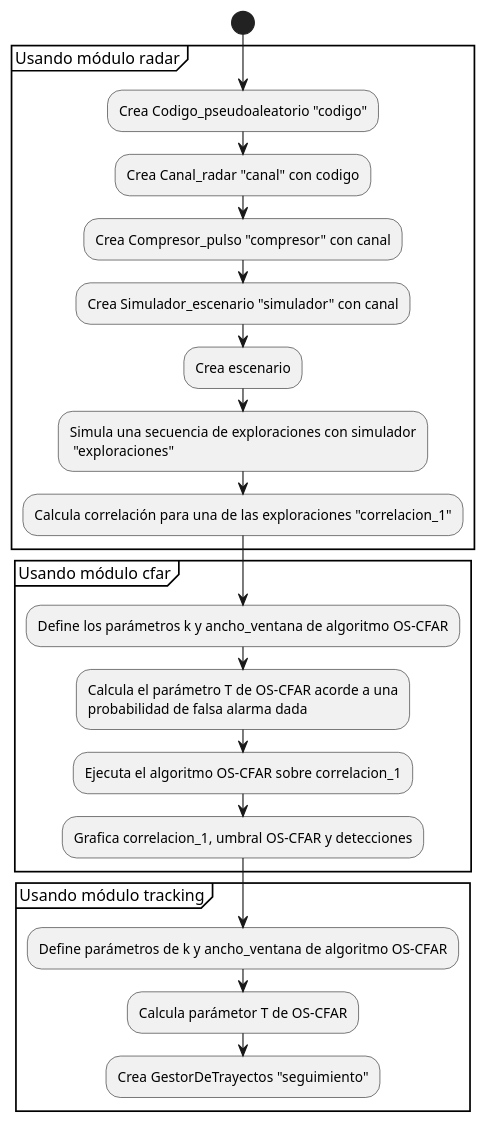
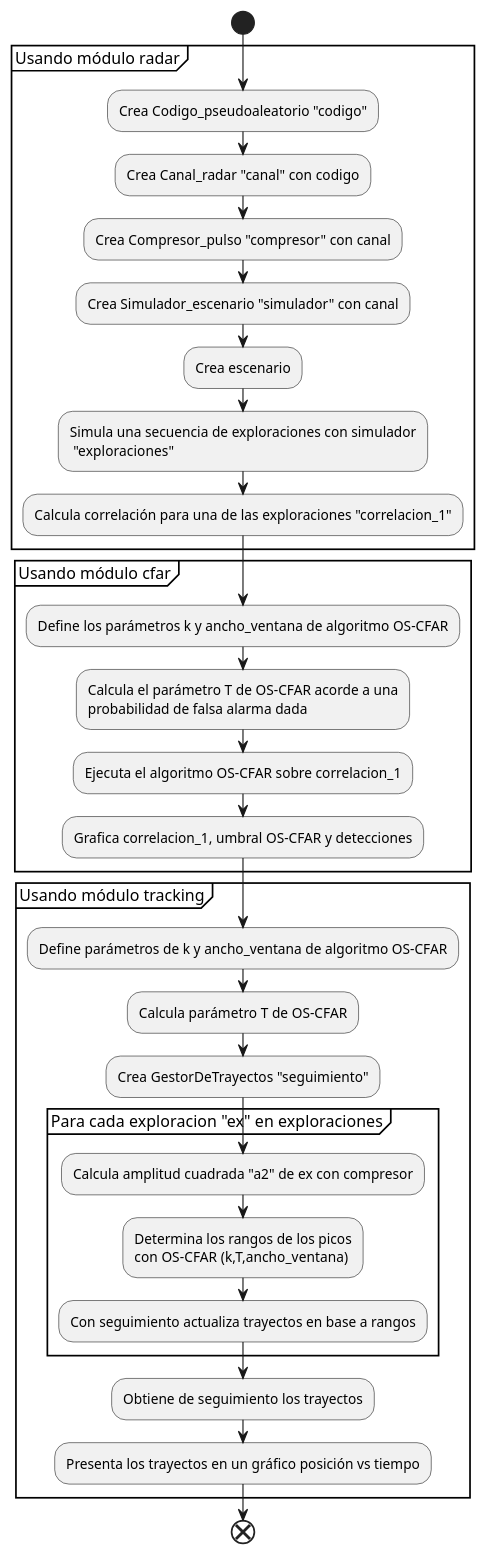
The diagram in borrador.puml (MariaIsabel2025/simulador_oth), drawn with PlantUML before and after one commit.

Commit message:
Completado borrador.puml

```diff
--- a/borrador.puml
+++ b/borrador.puml
@@ -1,23 +1,32 @@
 @startuml
 start
 partition "Usando módulo radar" {
 :Crea Codigo_pseudoaleatorio "codigo";
 :Crea Canal_radar "canal" con codigo;
 :Crea Compresor_pulso "compresor" con canal;
 :Crea Simulador_escenario "simulador" con canal;
 :Crea escenario;
 :Simula una secuencia de exploraciones con simulador\n "exploraciones";
 :Calcula correlación para una de las exploraciones "correlacion_1";
 }
 partition "Usando módulo cfar"{
 :Define los parámetros k y ancho_ventana de algoritmo OS-CFAR;
 :Calcula el parámetro T de OS-CFAR acorde a una\nprobabilidad de falsa alarma dada;
 :Ejecuta el algoritmo OS-CFAR sobre correlacion_1;
 :Grafica correlacion_1, umbral OS-CFAR y detecciones;
 }
 partition "Usando módulo tracking"{
 :Define parámetros de k y ancho_ventana de algoritmo OS-CFAR;
-:Calcula parámetor T de OS-CFAR;
+:Calcula parámetro T de OS-CFAR;
 :Crea GestorDeTrayectos "seguimiento";
+partition Para cada exploracion "ex" en exploraciones{
+:Calcula amplitud cuadrada "a2" de ex con compresor;
+:Determina los rangos de los picos
+con OS-CFAR (k,T,ancho_ventana);
+:Con seguimiento actualiza trayectos en base a rangos;
 }
+:Obtiene de seguimiento los trayectos;
+:Presenta los trayectos en un gráfico posición vs tiempo;
+}
+end
 @enduml
```
